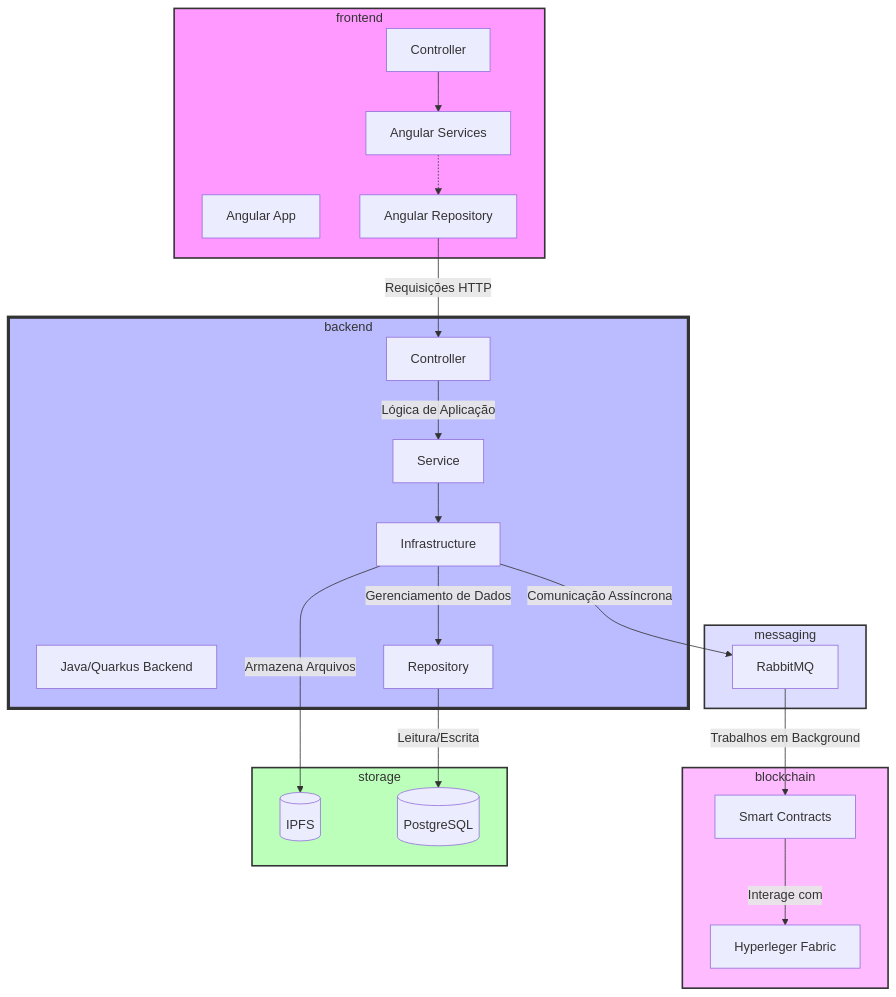
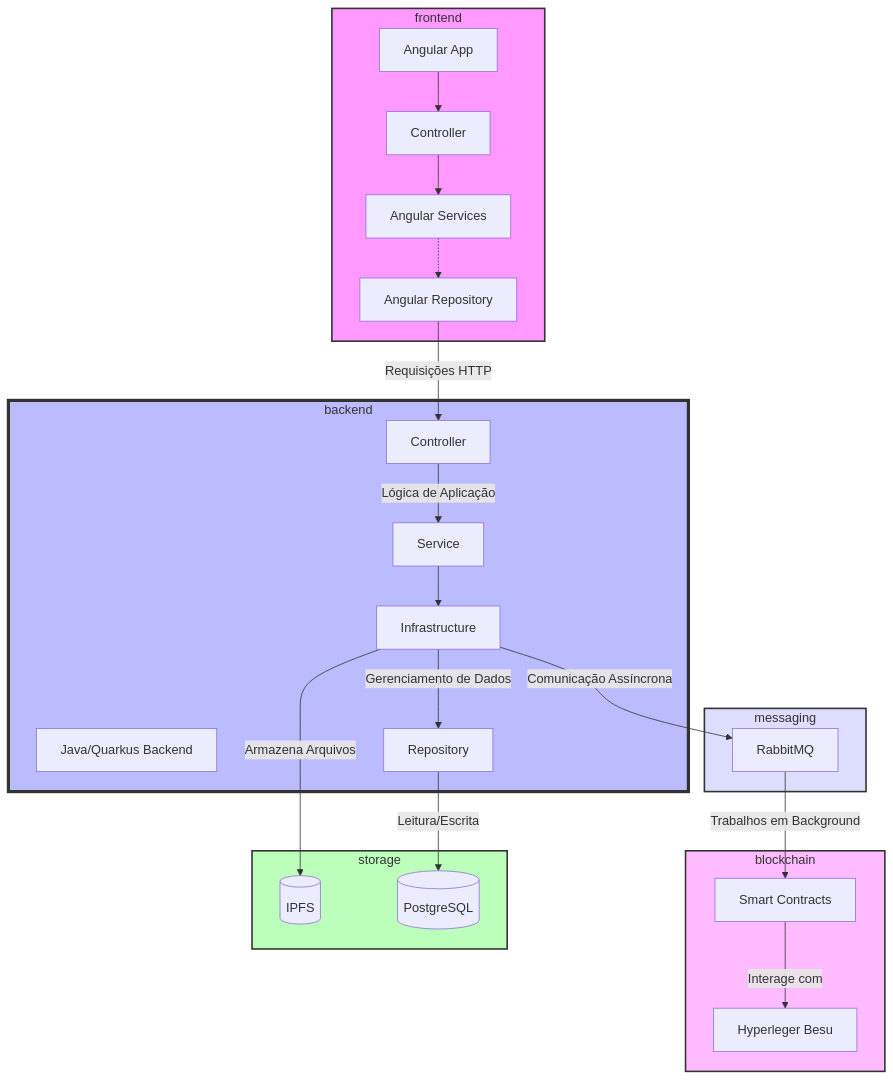
The first of 4 diagrams in README.md (Azevedo-Erick/blockchain-tcc-licitacoes), drawn with Mermaid before and after one commit.

````diff
--- a/README.md
+++ b/README.md
@@ -28,43 +28,42 @@
 ```mermaid
     graph TD
     subgraph frontend
-        AP[Angular App]
-        AC[Controller] --> AS[Angular Services] -.->  AR[Angular Repository]
+        AP[Angular App] --> AC[Controller] --> AS[Angular Services] -.->  AR[Angular Repository]
     end
 
     subgraph backend
     B[Java/Quarkus Backend]
     CA[Controller]
     S[Service]
     BI[Infrastructure]
     R[Repository]
     end
 
     subgraph blockchain
     SC[Smart Contracts]
-    BC[Hyperleger Fabric]
+    BC[Hyperleger Besu]
     end
 
     subgraph storage
     D[(IPFS)]
     E[(PostgreSQL)]
     end
 
     subgraph messaging
     MQ[RabbitMQ]
     end
 
     AR -->|Requisições HTTP| CA
     CA -->|Lógica de Aplicação| S
     S --> BI -->|Gerenciamento de Dados| R
     BI -->|Comunicação Assíncrona| MQ
     MQ -->|Trabalhos em Background| SC
     SC -->|Interage com| BC
     R -->|Leitura/Escrita| E
     BI -->|Armazena Arquivos| D
     style frontend fill:#f9f,stroke:#333,stroke-width:2px
     style backend fill:#bbf,stroke:#333,stroke-width:4px
     style blockchain fill:#fbf,stroke:#333,stroke-width:2px
     style storage fill:#bfb,stroke:#333,stroke-width:2px
     style messaging fill:#ddf,stroke:#333,stroke-width:2px
 ```
````
